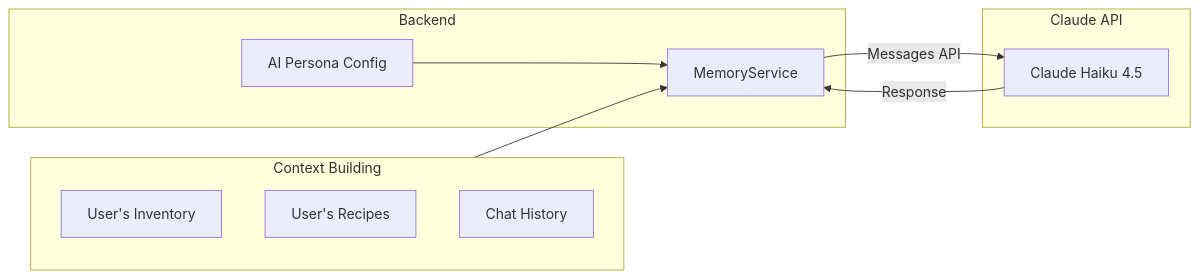
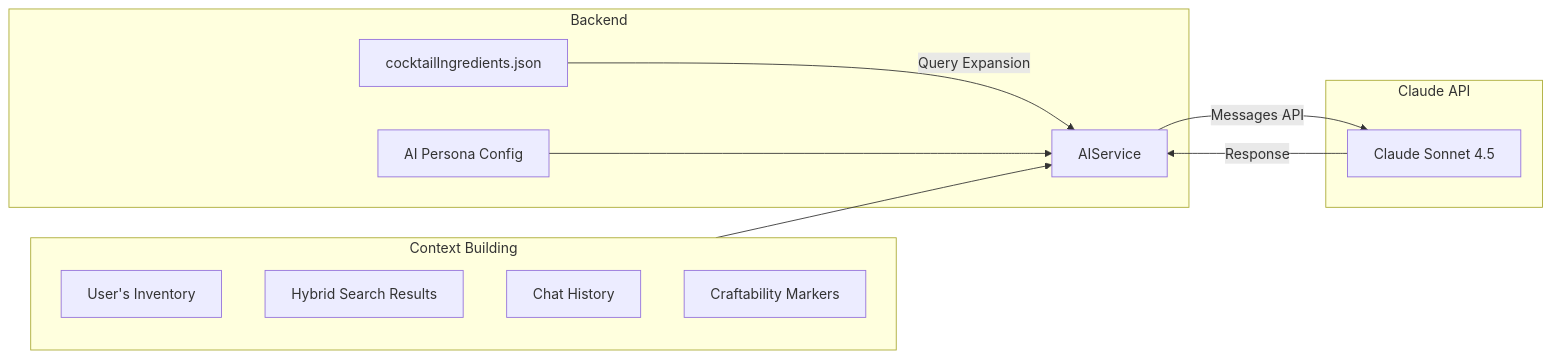
Before and after one commit to JLawMcGraw/alchemix: diagram 11 of 12 in Documentation/ARCHITECTURE.md, drawn with Mermaid. The commit also changed other lines of this file and 13 other files, not shown here.

First line of the commit message:
feat(ai): hybrid search + docs overhaul

````diff
--- a/Documentation/ARCHITECTURE.md
+++ b/Documentation/ARCHITECTURE.md
@@ -723,22 +736,25 @@
 ```mermaid
 graph LR
     subgraph Backend
-        MS[MemoryService]
+        AIService[AIService]
         Persona[AI Persona Config]
+        CocktailData[cocktailIngredients.json]
     end
 
     subgraph Claude["Claude API"]
-        Haiku[Claude Haiku 4.5]
+        Sonnet[Claude Sonnet 4.5]
     end
 
     subgraph Context["Context Building"]
         Inventory[User's Inventory]
-        Recipes[User's Recipes]
+        SearchResults[Hybrid Search Results]
         History[Chat History]
+        Markers[Craftability Markers]
     end
 
-    Context --> MS
-    Persona --> MS
-    MS -->|Messages API| Haiku
-    Haiku -->|Response| MS
+    CocktailData -->|Query Expansion| AIService
+    Context --> AIService
+    Persona --> AIService
+    AIService -->|Messages API| Sonnet
+    Sonnet -->|Response| AIService
 ```
````
